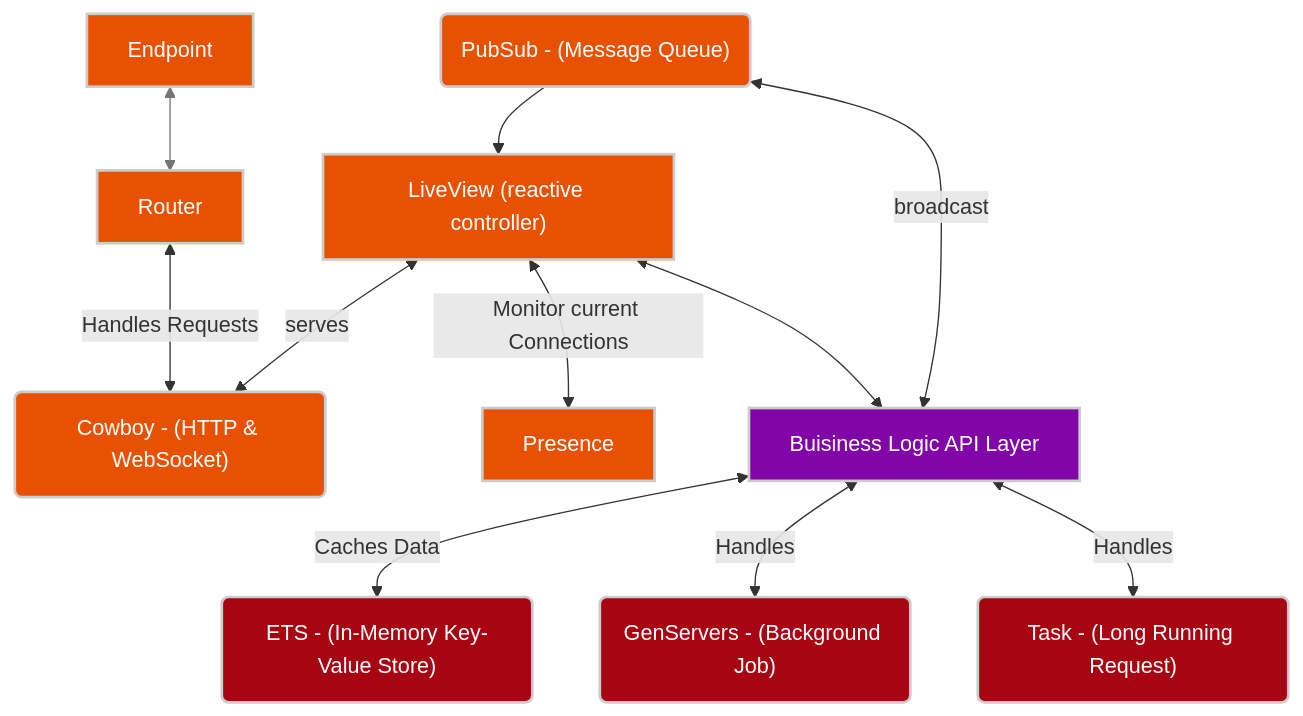
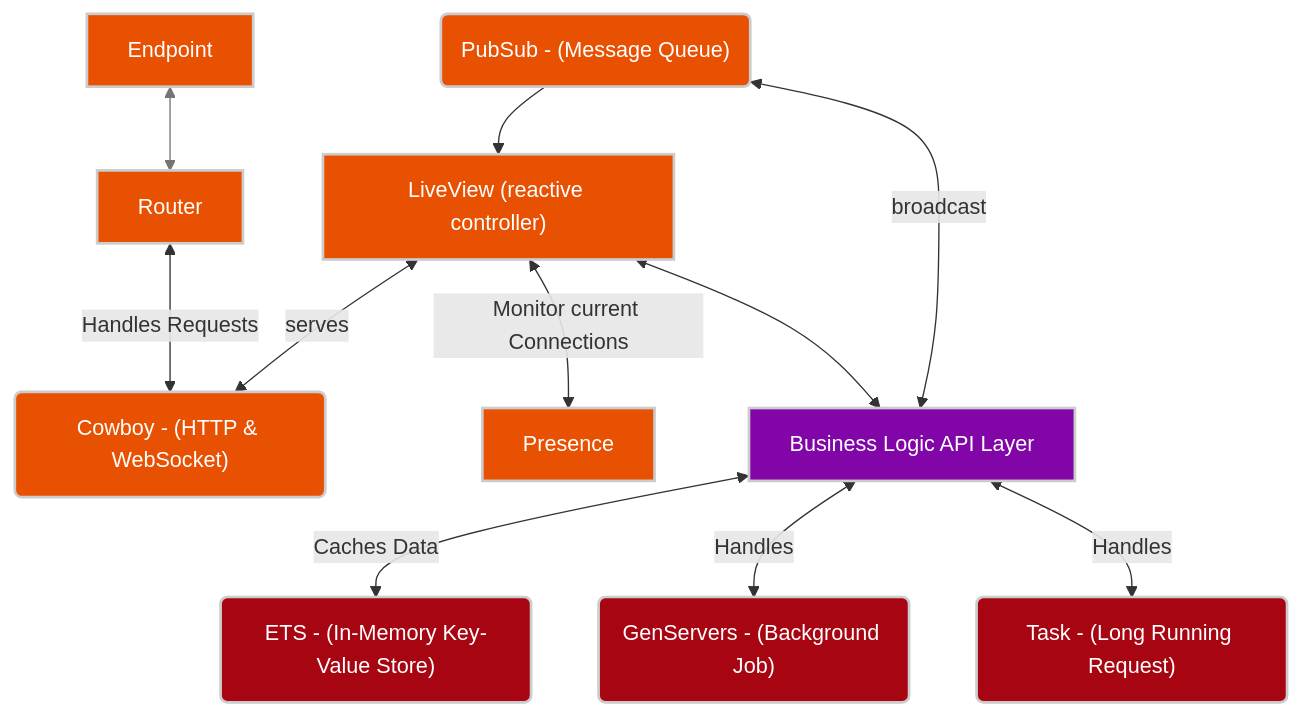
One commit to phonnz/fullstack changed the diagram in README.md. Above: the diagram before and after it, drawn with Mermaid. The commit also changed other lines of this file, not shown here.

Commit message:
Update README.md
Fx typo

````diff
--- a/README.md
+++ b/README.md
@@ -16,24 +17,24 @@
 ```mermaid
 flowchart TD
     J["Endpoint"] <--> F["Router"]
     F <-- Handles Requests --> C("Cowboy - (HTTP & WebSocket)")
     A["LiveView (reactive controller)"] <-- Monitor current Connections --> B["Presence"]
     E("PubSub - (Message Queue)") --> A
     A <-- serves --> C
-    A <--> D["Buisiness Logic API Layer"]
+    A <--> D["Business Logic API Layer"]
     E <-- broadcast --> D
     D <-- Caches Data --> H("ETS - (In-Memory Key-Value Store)")
     D <-- Handles --> G("GenServers - (Background Job)") & I("Task - (Long Running Request)")
 
     style J fill:#e85102,stroke:#ccc,stroke-width:2px,color:#FFFFFF
     style F fill:#e85102,stroke:#ccc,stroke-width:2px,color:#FFFFFF
     style C fill:#e85102,stroke:#ccc,stroke-width:2px,color:#FFFFFF
     style A fill:#e85102,stroke:#ccc,stroke-width:2px,color:#FFFFFF
     style B fill:#e85102,stroke:#ccc,stroke-width:2px,color:#FFFFFF
     style E fill:#e85102,stroke:#ccc,stroke-width:2px,color:#FFFFFF
     style D fill:#8205a8,stroke:#ccc,stroke-width:2px,color:#FFFFFF
     style H fill:#a80513,stroke:#ccc,stroke-width:2px,color:#FFFFFF
     style G fill:#a80513,stroke:#ccc,stroke-width:2px,color:#FFFFFF
     style I fill:#a80513,stroke:#ccc,stroke-width:2px,color:#FFFFFF
     linkStyle 0 stroke:#757575
 ```
````
